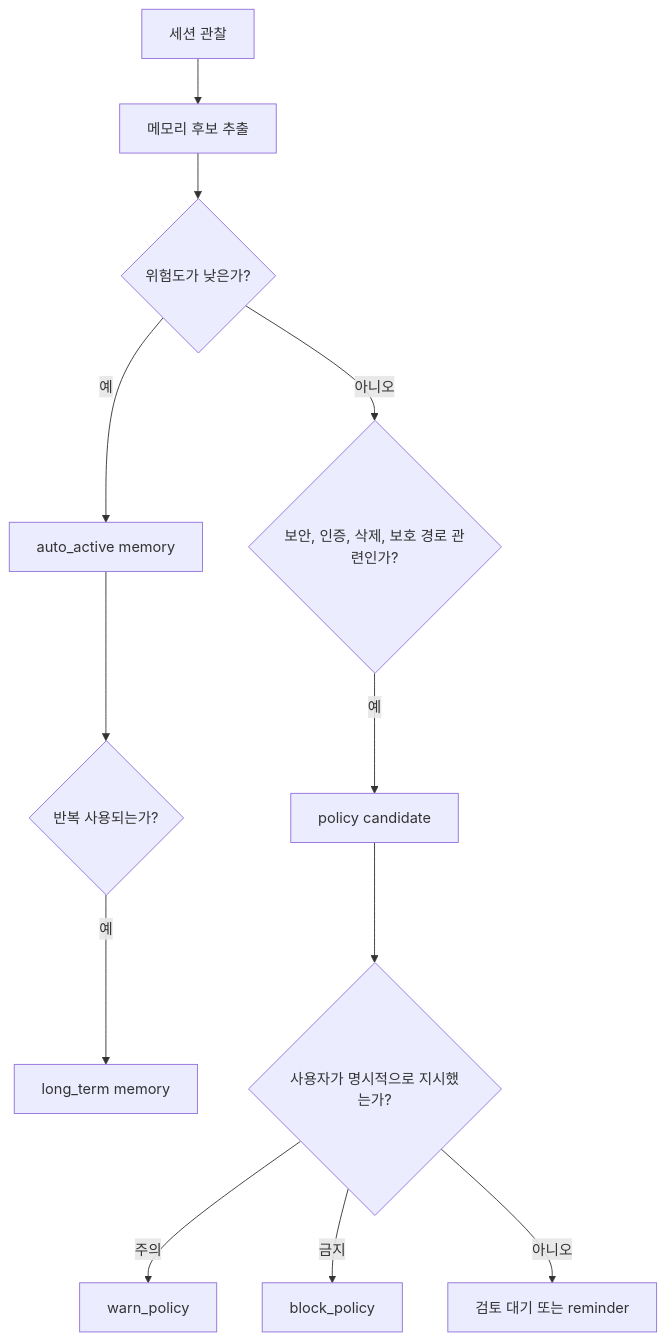
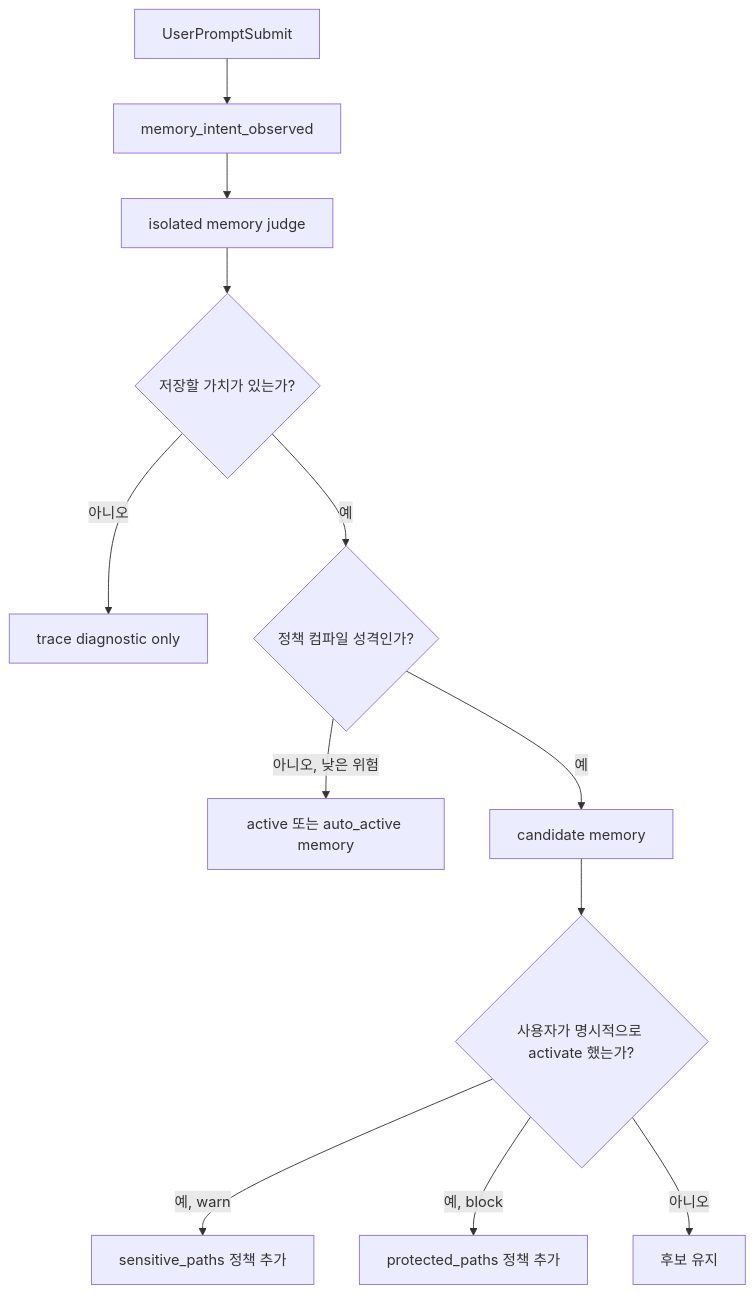
Before and after one commit to lteawoo/MemAssist: the fourth of 8 diagrams in README.md, drawn with Mermaid. The commit also changed other lines of this file and 53 other files, not shown here.

First line of the commit message:
feat: isolate prompt-derived memory judgment

````diff
--- a/README.md
+++ b/README.md
@@ -204,15 +223,14 @@
 ```mermaid
 flowchart TD
-    A[세션 관찰] --> B[메모리 후보 추출]
-    B --> C{위험도가 낮은가?}
-    C -->|예| D[auto_active memory]
-    D --> E{반복 사용되는가?}
-    E -->|예| F[long_term memory]
-
-    C -->|아니오| G{보안, 인증, 삭제, 보호 경로 관련인가?}
-    G -->|예| H[policy candidate]
-    H --> I{사용자가 명시적으로 지시했는가?}
-    I -->|주의| J[warn_policy]
-    I -->|금지| L[block_policy]
-    I -->|아니오| K[검토 대기 또는 reminder]
+    A[UserPromptSubmit] --> B[memory_intent_observed]
+    B --> C[isolated memory judge]
+    C --> D{저장할 가치가 있는가?}
+    D -->|아니오| E[trace diagnostic only]
+    D -->|예| F{정책 컴파일 성격인가?}
+    F -->|아니오, 낮은 위험| G[active 또는 auto_active memory]
+    F -->|예| H[candidate memory]
+    H --> I{사용자가 명시적으로 activate 했는가?}
+    I -->|예, warn| J[sensitive_paths 정책 추가]
+    I -->|예, block| K[protected_paths 정책 추가]
+    I -->|아니오| L[후보 유지]
 ```
````
